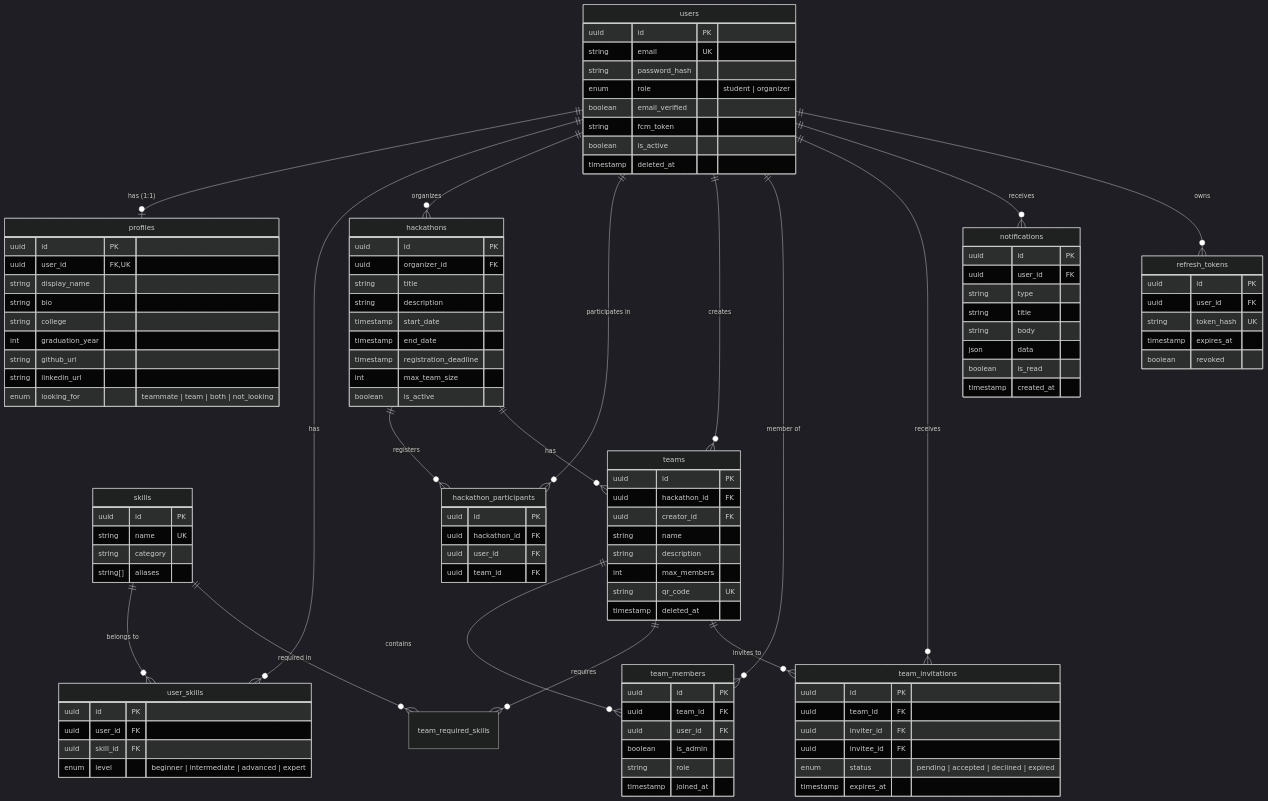
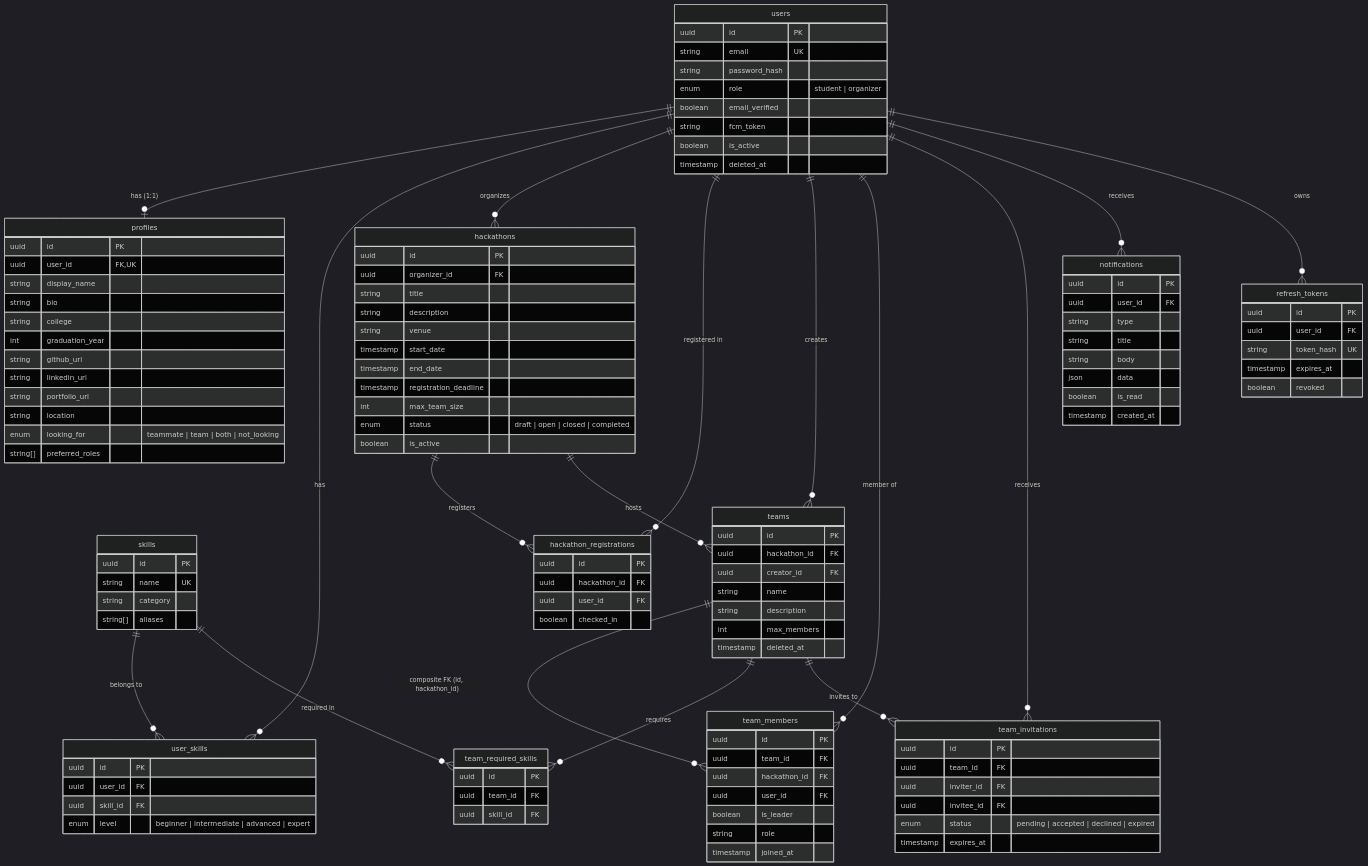
Before and after one commit to sagarkharbikar25/apk: the diagram in docs/db/erd.md, drawn with Mermaid (dark theme). The commit also changed other lines of this file and 18 other files, not shown here.

Commit message:
feat(db): complete 01_DATABASE.md schema v2 freeze (Gate A), migration, seed, and queries

```diff
--- a/docs/db/erd.md
+++ b/docs/db/erd.md
@@ -8,11 +9,11 @@
     users ||--o{ user_skills : "has"
     skills ||--o{ user_skills : "belongs to"
     users ||--o{ hackathons : "organizes"
-    hackathons ||--o{ hackathon_participants : "registers"
-    users ||--o{ hackathon_participants : "participates in"
-    hackathons ||--o{ teams : "has"
+    hackathons ||--o{ hackathon_registrations : "registers"
+    users ||--o{ hackathon_registrations : "registered in"
+    hackathons ||--o{ teams : "hosts"
     users ||--o{ teams : "creates"
-    teams ||--o{ team_members : "contains"
+    teams ||--o{ team_members : "composite FK (id, hackathon_id)"
     users ||--o{ team_members : "member of"
     teams ||--o{ team_required_skills : "requires"
     skills ||--o{ team_required_skills : "required in"
@@ -41,7 +42,10 @@
         int graduation_year
         string github_url
         string linkedin_url
+        string portfolio_url
+        string location
         enum looking_for "teammate | team | both | not_looking"
+        string[] preferred_roles
     }
 
     skills {
@@ -63,18 +67,20 @@
         uuid organizer_id FK
         string title
         string description
+        string venue
         timestamp start_date
         timestamp end_date
         timestamp registration_deadline
         int max_team_size
+        enum status "draft | open | closed | completed"
         boolean is_active
     }
 
-    hackathon_participants {
+    hackathon_registrations {
         uuid id PK
         uuid hackathon_id FK
         uuid user_id FK
-        uuid team_id FK
+        boolean checked_in
     }
 
     teams {
@@ -84,15 +90,21 @@
         string name
         string description
         int max_members
-        string qr_code UK
         timestamp deleted_at
+    }
+
+    team_required_skills {
+        uuid id PK
+        uuid team_id FK
+        uuid skill_id FK
     }
 
     team_members {
         uuid id PK
         uuid team_id FK
+        uuid hackathon_id FK
         uuid user_id FK
-        boolean is_admin
+        boolean is_leader
         string role
         timestamp joined_at
     }
```
